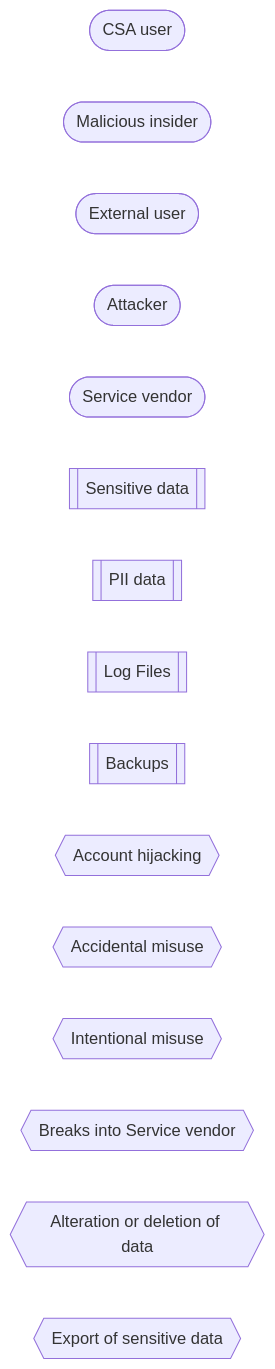
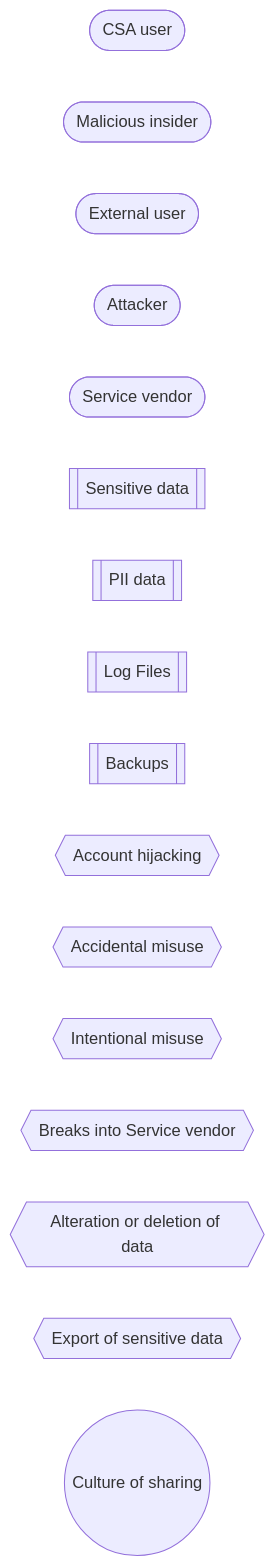
Before and after one commit to CloudSecurityAlliance/CSA-IT-Operations: the diagram in threat-model/template.md, drawn with Mermaid.

````diff
--- a/threat-model/template.md
+++ b/threat-model/template.md
@@ -3,29 +3,33 @@
 ```mermaid
 flowchart LR
 
 %% Actors ([])
 %% Assets [[]]
 %% Actions {{}}
+%% Cultural (())
 
   %% Standard actors
   CSAUser([CSA user])
   MaliciousInsider([Malicious insider])
   ExternalUser([External user]) 
   Attacker([Attacker])
   ServiceVendor([Service vendor])
   
   %% Standard assets
   SensitiveData[[Sensitive data]]
   PIIData[[PII data]]
   LogFiles[[Log Files]]
   Backups[[Backups]]
   
   %% Standard actions
   AccountHijacking{{Account hijacking}}
   AccidentalMisuse{{Accidental misuse}}
   IntentionalMisuse{{Intentional misuse}}
   BreaksintoServiceVendor{{Breaks into Service vendor}}
   AlterationDeletionofData{{Alteration or deletion of data}}
   ExportofsensitiveData{{Export of sensitive data}}
   
+  %% Cultural
+  CultureOfSharing((Culture of sharing))
+  
 ```
````
